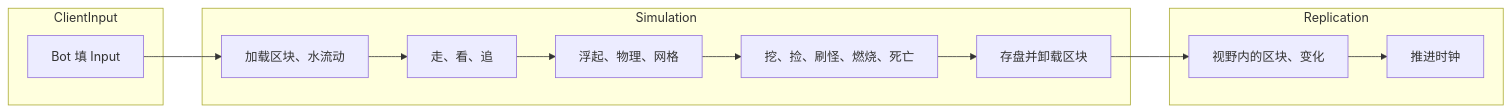
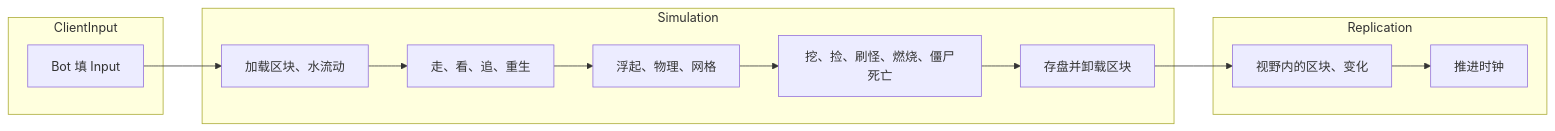
Before and after one commit to JasonXuDeveloper/EasyEcs: the diagram in docs/content/samples/voxel-server.zh.mdx, drawn with Mermaid. The commit also changed 17 other files, not shown here.

````diff
--- a/docs/content/samples/voxel-server.zh.mdx
+++ b/docs/content/samples/voxel-server.zh.mdx
@@ -54,17 +54,17 @@
 ```mermaid
 flowchart LR
   subgraph ClientInput
     input[Bot 填 Input]
   end
   subgraph Simulation
-    world[加载区块、水流动] --> sight[走、看、追]
+    world[加载区块、水流动] --> sight[走、看、追、重生]
     sight --> move[浮起、物理、网格]
-    move --> rules[挖、捡、刷怪、燃烧、死亡]
+    move --> rules[挖、捡、刷怪、燃烧、僵尸死亡]
     rules --> unload[存盘并卸载区块]
   end
   subgraph Replication
     send[视野内的区块、变化] --> clock[推进时钟]
   end
   input --> world
   unload --> send
 ```
````
